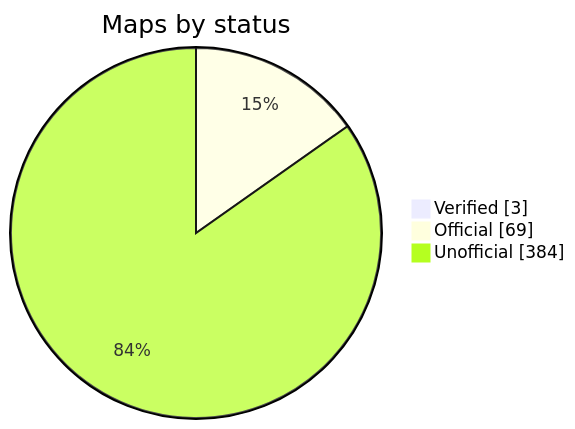
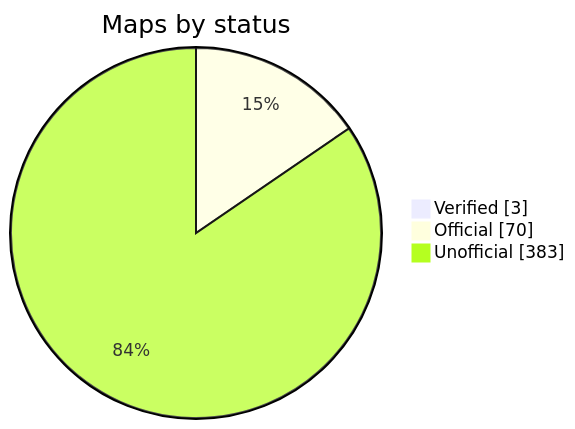
Before and after one commit to nobrega8/mbmap-library: the diagram in README.md, drawn with Mermaid. The commit also changed 2 other files, not shown here.

Commit message:
Rewrite the Accuenergy Acuvim II map from the V3 Modbus map
From Accuenergy's Acuvim II V3 Modbus map (v1.10): system settings with
their enums and limits, real-time floats, last-interval and max/min
values, energies as counts of 0.1 kWh, period, TOU and dual-source
energies, THD, harmonics 2-31, sequence components, angles, channel 4,
I/O module settings, counters, DI bits, relay coils, alarm status,
clock, daylight saving, Class S event settings and the SunSpec marker as
a reference value. Marked official.

````diff
--- a/README.md
+++ b/README.md
@@ -48,7 +48,7 @@
 ```mermaid
 pie showData
     title Maps by status
     "Verified" : 3
-    "Official" : 69
-    "Unofficial" : 384
+    "Official" : 70
+    "Unofficial" : 383
 ```
````
